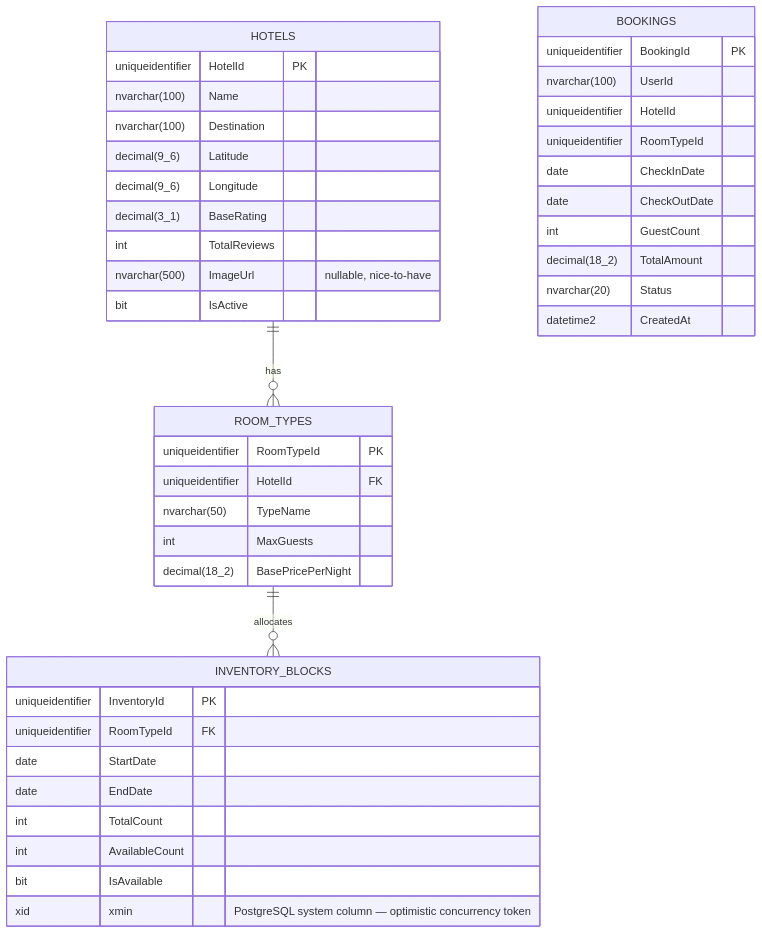
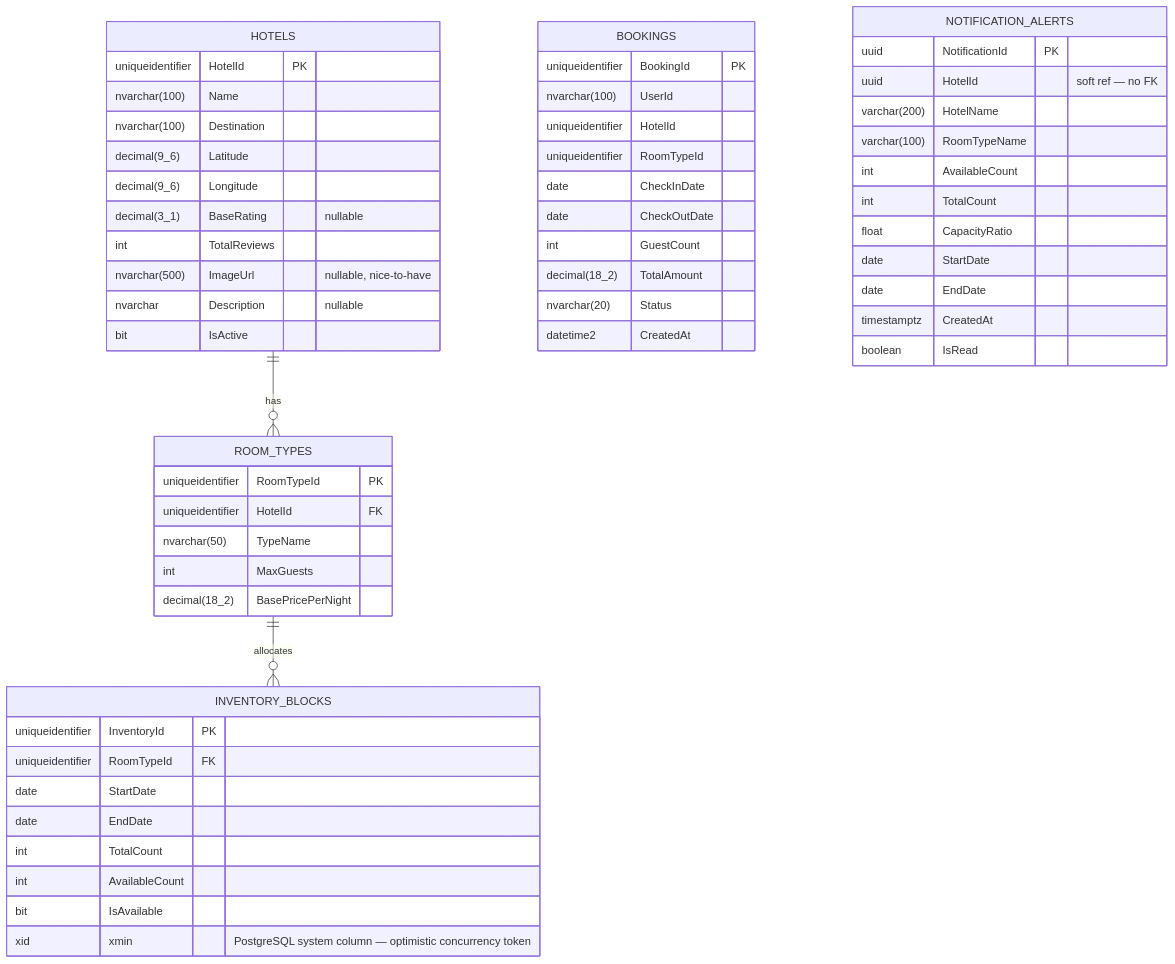
Before and after one commit to batusalcan/HotelBookingSystem: the diagram in docs/Database-Design-ER-Modeling.md, drawn with Mermaid. The commit also changed other lines of this file and 2 other files, not shown here.

First line of the commit message:
docs: bring all docs up to date with implemented features

````diff
--- a/docs/Database-Design-ER-Modeling.md
+++ b/docs/Database-Design-ER-Modeling.md
@@ -31,60 +33,80 @@
 ```mermaid
 erDiagram
 
     %% ==========================================
     %% CONTEXT A: Hotel Catalog & Inventory
     %% Owned by: Hotel Service (CatalogDbContext)
     %% ==========================================
 
     HOTELS ||--o{ ROOM_TYPES : "has"
     ROOM_TYPES ||--o{ INVENTORY_BLOCKS : "allocates"
 
     HOTELS {
         uniqueidentifier HotelId PK
         nvarchar(100) Name
         nvarchar(100) Destination
         decimal(9_6) Latitude
         decimal(9_6) Longitude
-        decimal(3_1) BaseRating
+        decimal(3_1) BaseRating "nullable"
         int TotalReviews
         nvarchar(500) ImageUrl "nullable, nice-to-have"
+        nvarchar Description "nullable"
         bit IsActive
     }
 
     ROOM_TYPES {
         uniqueidentifier RoomTypeId PK
         uniqueidentifier HotelId FK
         nvarchar(50) TypeName
         int MaxGuests
         decimal(18_2) BasePricePerNight
     }
 
     INVENTORY_BLOCKS {
         uniqueidentifier InventoryId PK
         uniqueidentifier RoomTypeId FK
         date StartDate
         date EndDate
         int TotalCount
         int AvailableCount
         bit IsAvailable
         xid xmin "PostgreSQL system column — optimistic concurrency token"
     }
 
     %% ==========================================
     %% CONTEXT B: Reservations
     %% Owned by: Hotel Service (BookingDbContext)
     %% ==========================================
 
     BOOKINGS {
         uniqueidentifier BookingId PK
         nvarchar(100) UserId
         uniqueidentifier HotelId
         uniqueidentifier RoomTypeId
         date CheckInDate
         date CheckOutDate
         int GuestCount
         decimal(18_2) TotalAmount
         nvarchar(20) Status
         datetime2 CreatedAt
     }
+
+    %% ==========================================
+    %% CONTEXT C: Notification Alerts
+    %% Owned by: Notification Service (NotificationsDbContext)
+    %% ==========================================
+
+    NOTIFICATION_ALERTS {
+        uuid NotificationId PK
+        uuid HotelId "soft ref — no FK"
+        varchar(200) HotelName
+        varchar(100) RoomTypeName
+        int AvailableCount
+        int TotalCount
+        float CapacityRatio
+        date StartDate
+        date EndDate
+        timestamptz CreatedAt
+        boolean IsRead
+    }
 ```
````
